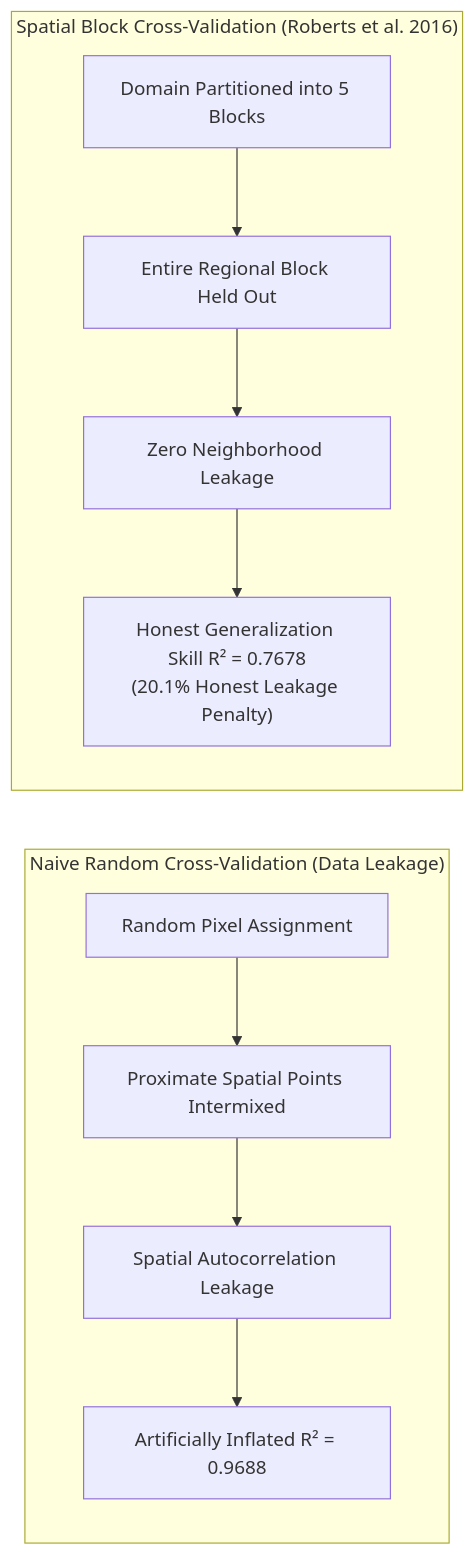
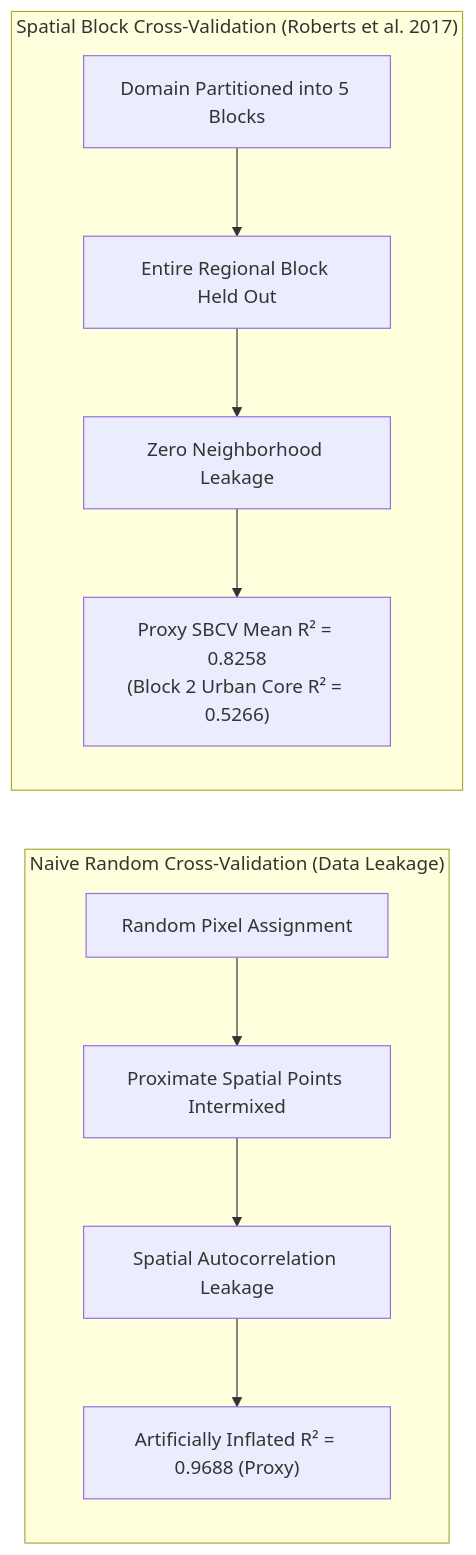
The first of 3 diagrams in Research_Paper_Workflow/Review/01_Comprehensive_Literature_Review.md (Amourhoffen/BHU_LOKA), drawn with Mermaid before and after one commit. The commit also changed other lines of this file and 121 other files, not shown here.

````diff
--- a/Research_Paper_Workflow/Review/01_Comprehensive_Literature_Review.md
+++ b/Research_Paper_Workflow/Review/01_Comprehensive_Literature_Review.md
@@ -85,16 +85,16 @@
 ```mermaid
 flowchart LR
     subgraph RCV ["Naive Random Cross-Validation (Data Leakage)"]
         direction TB
         R1["Random Pixel Assignment"] --> R2["Proximate Spatial Points Intermixed"]
         R2 --> R3["Spatial Autocorrelation Leakage"]
-        R3 --> R4["Artificially Inflated R² = 0.9688"]
+        R3 --> R4["Artificially Inflated R² = 0.9688 (Proxy)"]
     end
 
-    subgraph SBCV ["Spatial Block Cross-Validation (Roberts et al. 2016)"]
+    subgraph SBCV ["Spatial Block Cross-Validation (Roberts et al. 2017)"]
         direction TB
         S1["Domain Partitioned into 5 Blocks"] --> S2["Entire Regional Block Held Out"]
         S2 --> S3["Zero Neighborhood Leakage"]
-        S3 --> S4["Honest Generalization Skill R² = 0.7678<br/>(20.1% Honest Leakage Penalty)"]
+        S3 --> S4["Proxy SBCV Mean R² = 0.8258<br/>(Block 2 Urban Core R² = 0.5266)"]
     end
 ```
````
